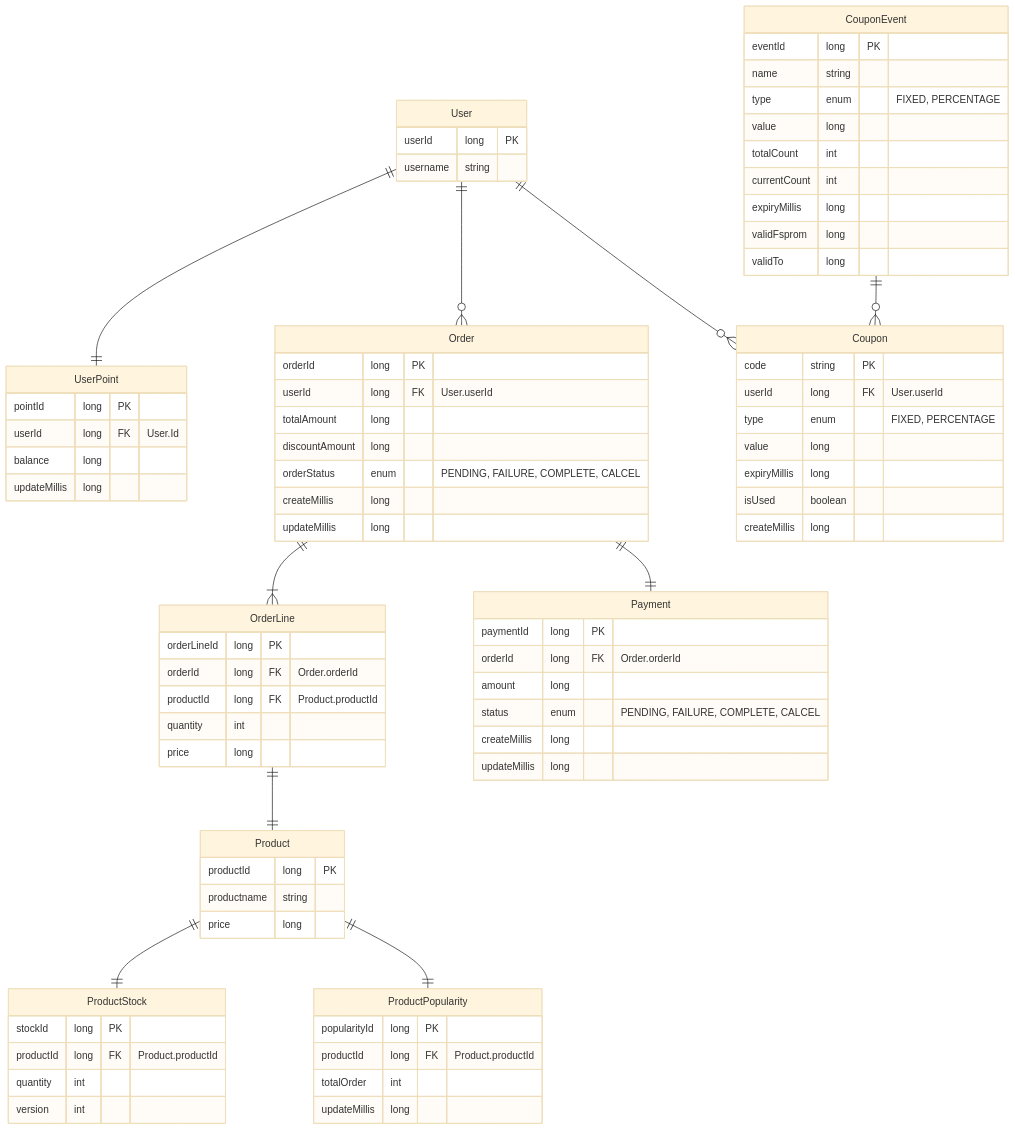
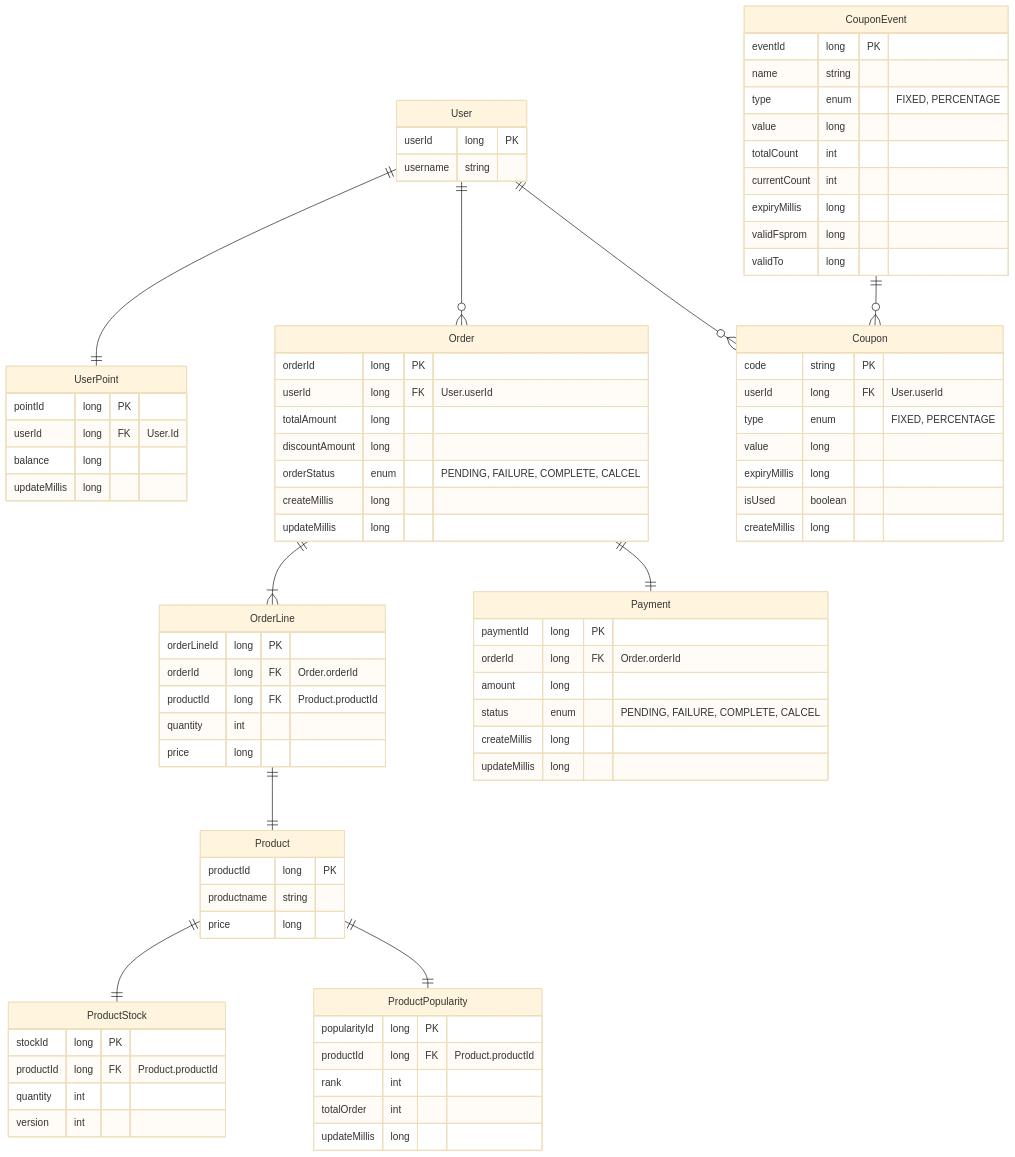
The first of 5 diagrams in docs/erd.md (chapakook/kotlin-ecommerce), drawn with Mermaid (base theme) before and after one commit. The commit also changed other lines of this file, not shown here.

Commit message:
[DOC] erd 업데이트 popularity 도메인 수정

```diff
--- a/docs/erd.md
+++ b/docs/erd.md
@@ -84,6 +84,7 @@
     ProductPopularity{
         popularityId long PK
         productId long FK "Product.productId"
+        rank int
         totalOrder int
         updateMillis long
     }
```
